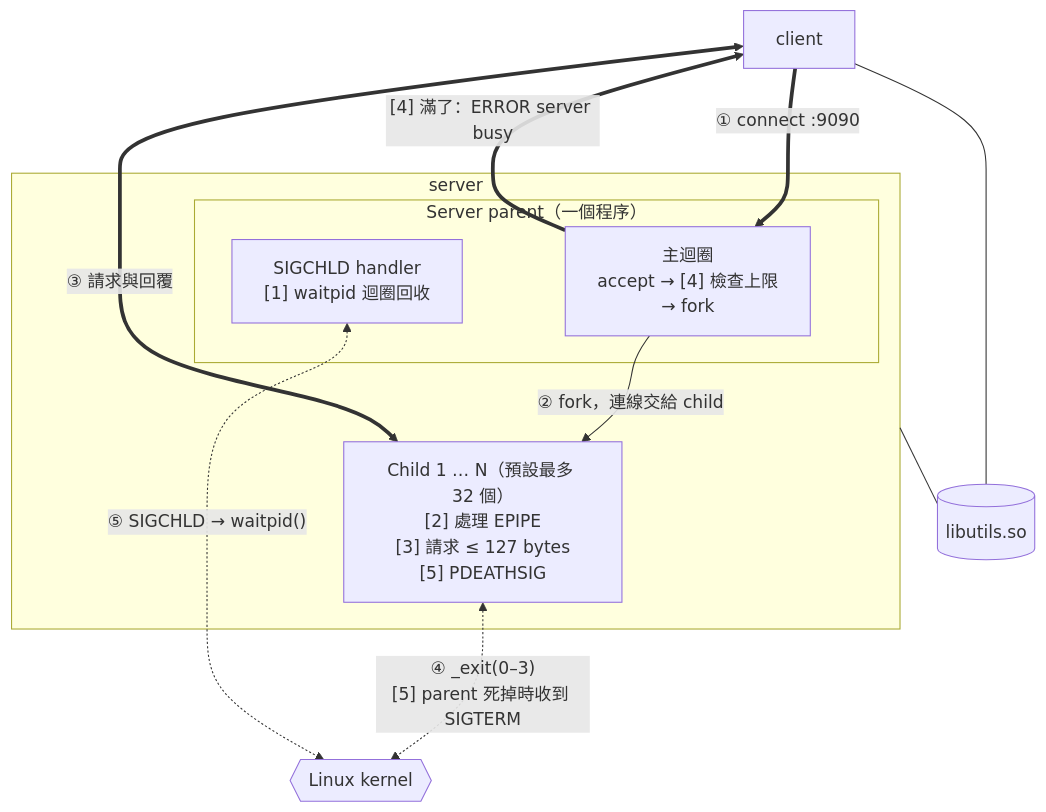
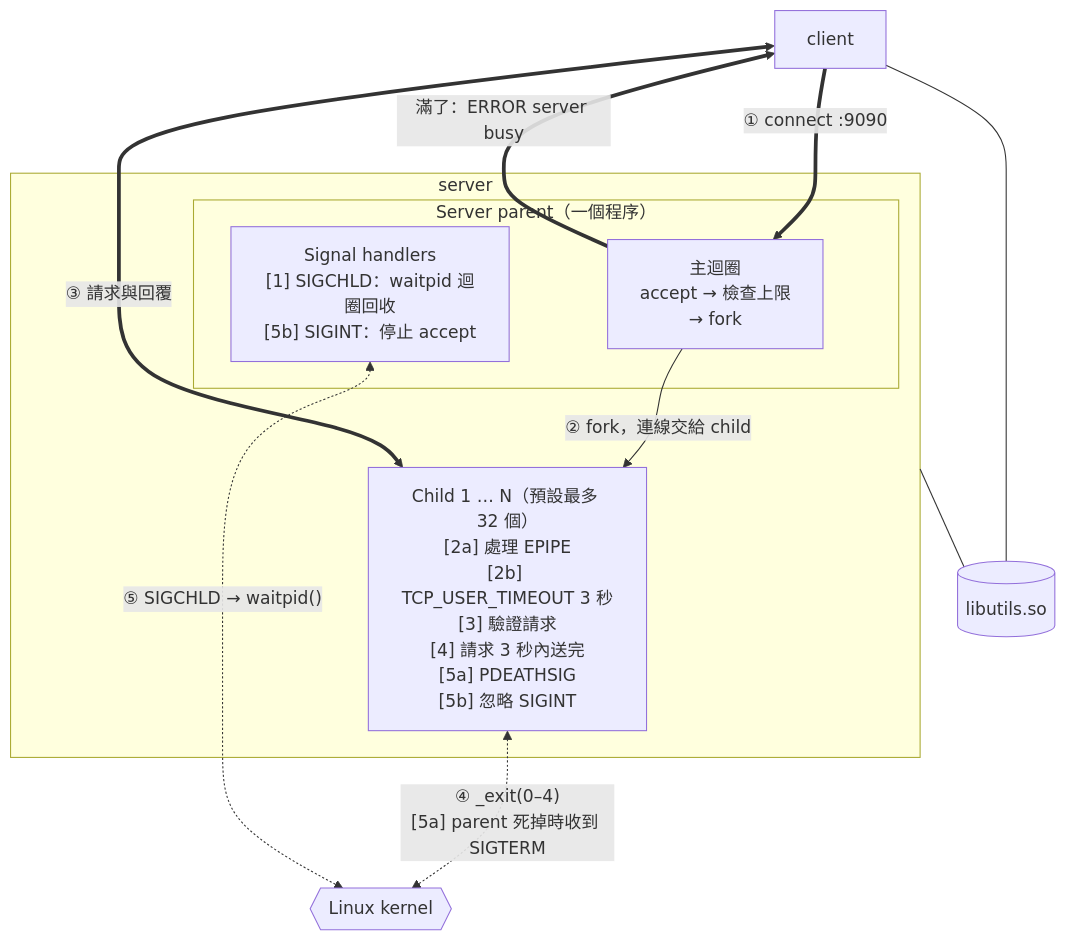
One commit to t115ab8044/NP_SysInfo changed the first of 2 diagrams in docs/system-design.md. Above: the diagram before and after it, drawn with Mermaid. The commit also changed other lines of this file and 25 other files, not shown here.

````diff
--- a/docs/system-design.md
+++ b/docs/system-design.md
@@ -19,22 +19,22 @@
 ```mermaid
 flowchart TD
     C["client"]
     subgraph SRV["server"]
         subgraph P["Server parent（一個程序）"]
-            A["主迴圈<br/>accept → [4] 檢查上限<br/>→ fork"]
-            H["SIGCHLD handler<br/>[1] waitpid 迴圈回收"]
+            A["主迴圈<br/>accept → 檢查上限<br/>→ fork"]
+            H["Signal handlers<br/>[1] SIGCHLD：waitpid 迴圈回收<br/>[5b] SIGINT：停止 accept"]
         end
-        K["Child 1 … N（預設最多 32 個）<br/>[2] 處理 EPIPE<br/>[3] 請求 ≤ 127 bytes<br/>[5] PDEATHSIG"]
+        K["Child 1 … N（預設最多 32 個）<br/>[2a] 處理 EPIPE<br/>[2b] TCP_USER_TIMEOUT 3 秒<br/>[3] 驗證請求<br/>[4] 請求 3 秒內送完<br/>[5a] PDEATHSIG<br/>[5b] 忽略 SIGINT"]
     end
     OS{{"Linux kernel"}}
     SO[("libutils.so")]
 
     C ==>|"① connect :9090"| A
-    A ==>|"[4] 滿了：ERROR server busy"| C
+    A ==>|"滿了：ERROR server busy"| C
     A -->|"② fork，連線交給 child"| K
     C <==>|"③ 請求與回覆"| K
-    K <-.->|"④ _exit(0–3)<br/>[5] parent 死掉時收到 SIGTERM"| OS
+    K <-.->|"④ _exit(0–4)<br/>[5a] parent 死掉時收到 SIGTERM"| OS
     H <-.->|"⑤ SIGCHLD → waitpid()"| OS
     C --- SO
     SRV --- SO
 ```
````
